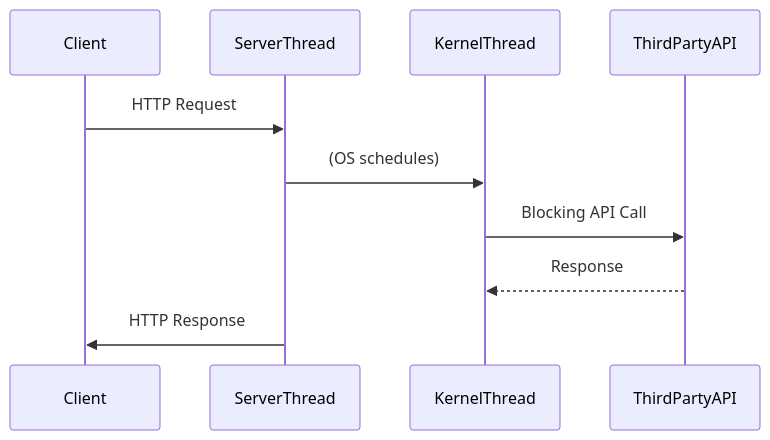
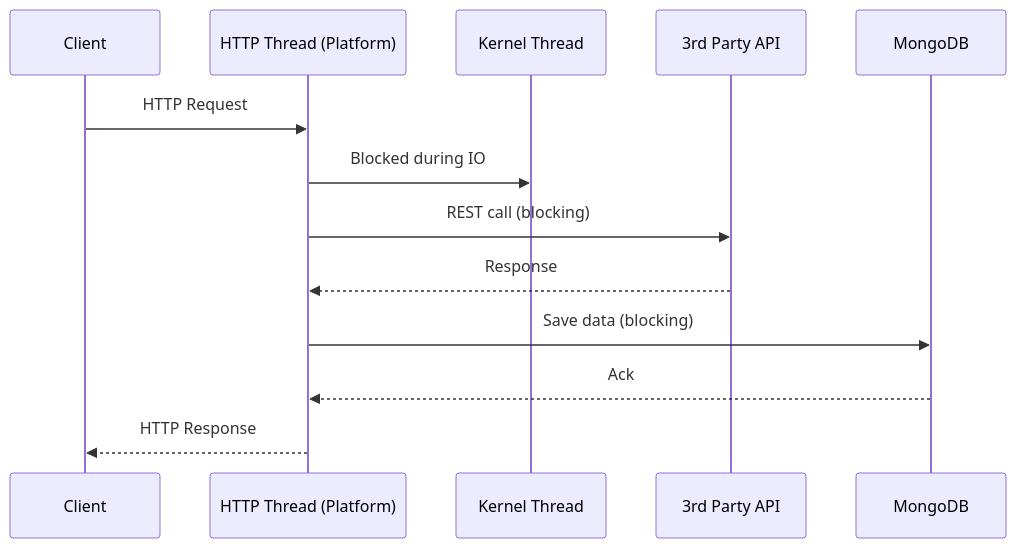
Before and after one commit to sonuprajapati15/Web-frameworks: the first of 7 diagrams in README.md, drawn with Mermaid. The commit also changed other lines of this file, not shown here.

````diff
--- a/README.md
+++ b/README.md
@@ -71,13 +90,16 @@
 ```mermaid
 sequenceDiagram
     participant Client
-    participant ServerThread
-    participant KernelThread
-    participant ThirdPartyAPI
+    participant HTTP Thread (Platform)
+    participant Kernel Thread
+    participant 3rd Party API
+    participant MongoDB
 
-    Client->>ServerThread: HTTP Request
-    ServerThread->>KernelThread: (OS schedules)
-    KernelThread->>ThirdPartyAPI: Blocking API Call
-    ThirdPartyAPI-->>KernelThread: Response
-    ServerThread->>Client: HTTP Response
+    Client->>HTTP Thread (Platform): HTTP Request
+    HTTP Thread (Platform)->>Kernel Thread: Blocked during IO
+    HTTP Thread (Platform)->>3rd Party API: REST call (blocking)
+    3rd Party API-->>HTTP Thread (Platform): Response
+    HTTP Thread (Platform)->>MongoDB: Save data (blocking)
+    MongoDB-->>HTTP Thread (Platform): Ack
+    HTTP Thread (Platform)-->>Client: HTTP Response
 ```
````
